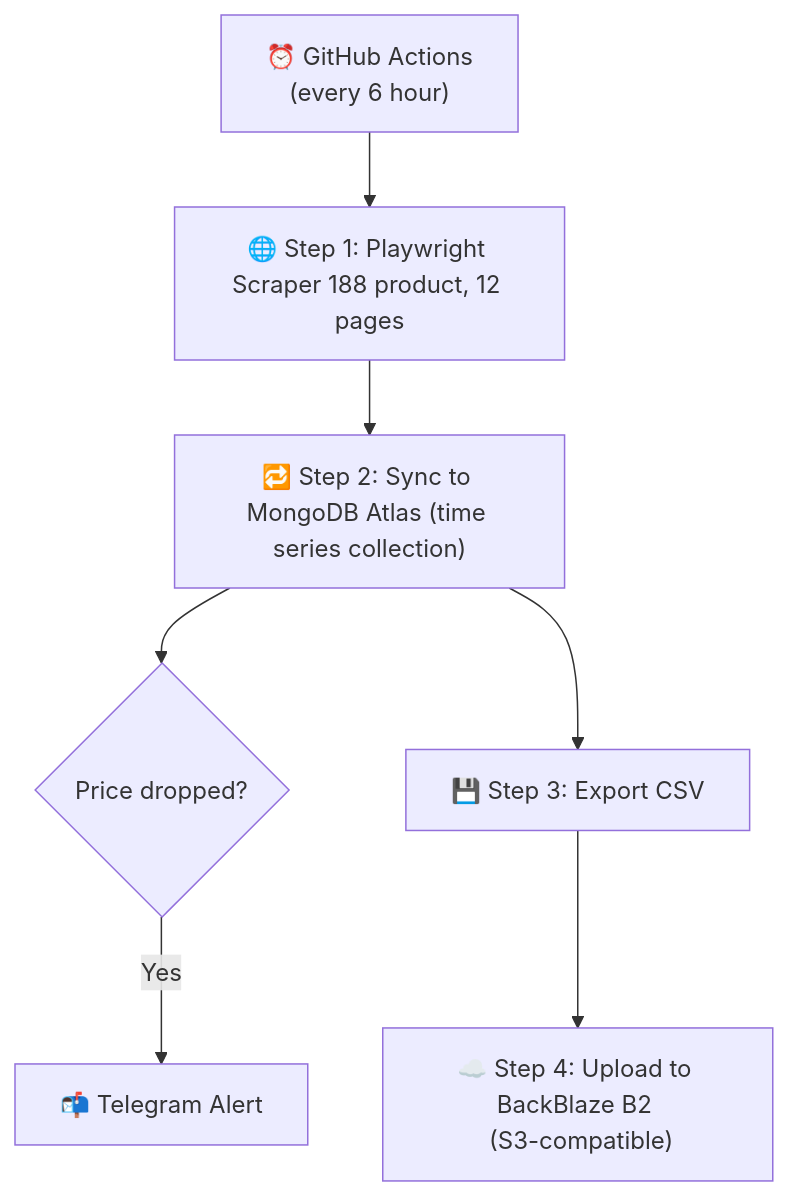
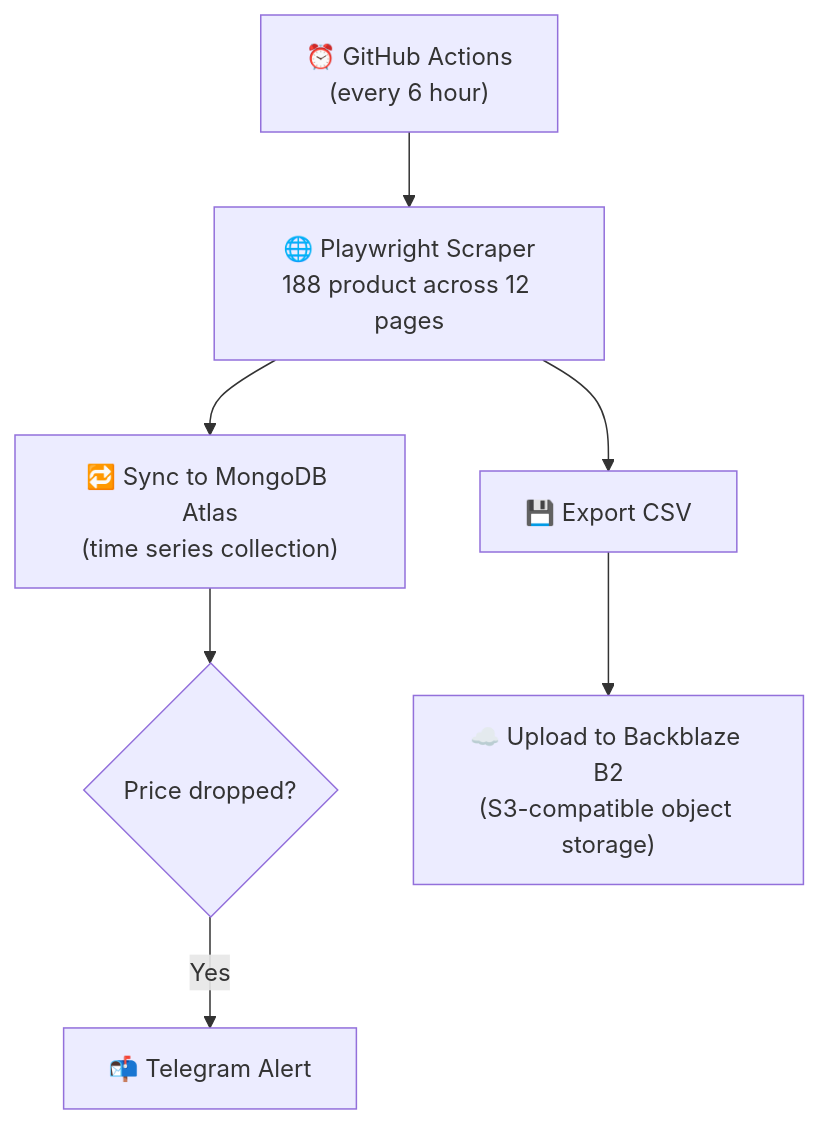
The diagram in README.md (min-naing/ts-price-watch), drawn with Mermaid before and after one commit. The commit also changed other lines of this file and 1 other file, not shown here.

Commit message:
docs: improve project README

````diff
--- a/README.md
+++ b/README.md
@@ -7,10 +7,10 @@
 ```mermaid
 flowchart TD
     A["⏰ GitHub Actions <br> (every 6 hour)"] 
-    A --> B["🌐 Step 1: Playwright Scraper 188 product, 12 pages"] 
-    B --> C["🔁 Step 2: Sync to MongoDB Atlas (time series collection)"]
+    A --> B["🌐 Playwright Scraper<br>188 product across 12 pages"] 
+    B --> C["🔁 Sync to MongoDB Atlas<br>(time series collection)"]
     C --> D{Price dropped?}
     D --> |Yes| E["📬 Telegram Alert"]
-    C --> F["💾 Step 3: Export CSV"]
-    F --> G["☁️ Step 4: Upload to BackBlaze B2 <br> (S3-compatible)"]
+    B --> F["💾 Export CSV"]
+    F --> G["☁️ Upload to Backblaze B2<br>(S3-compatible object storage)"]
 ```
````
